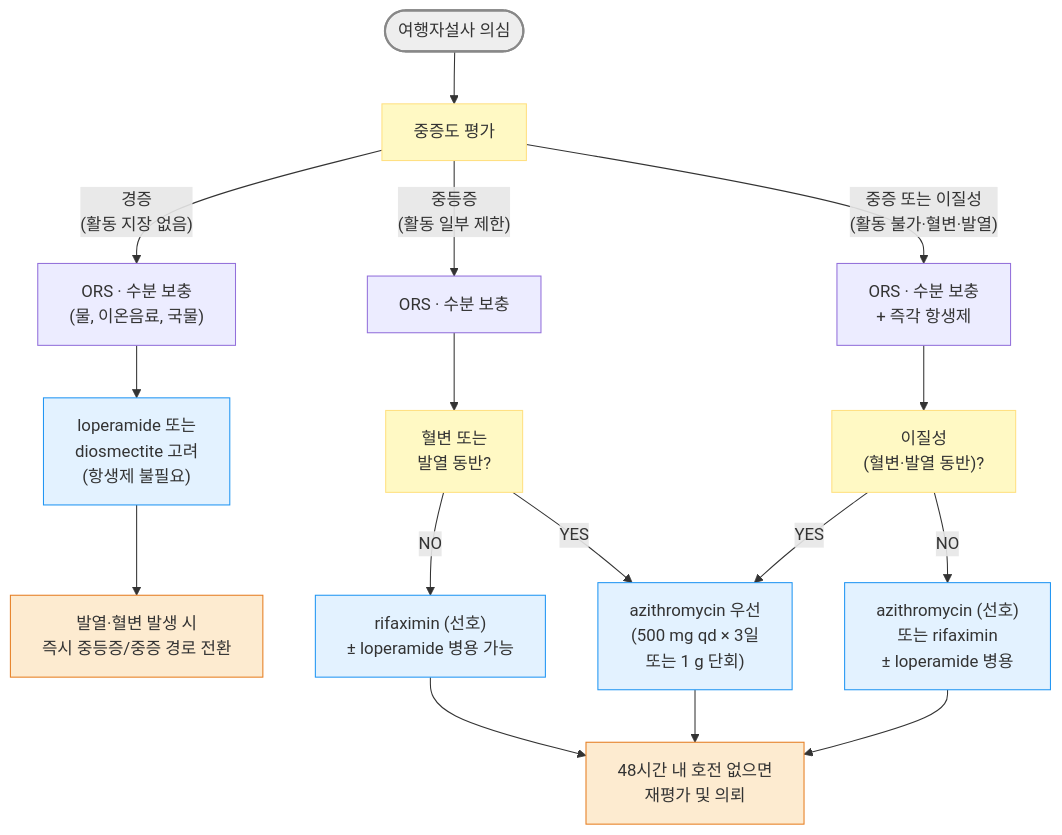
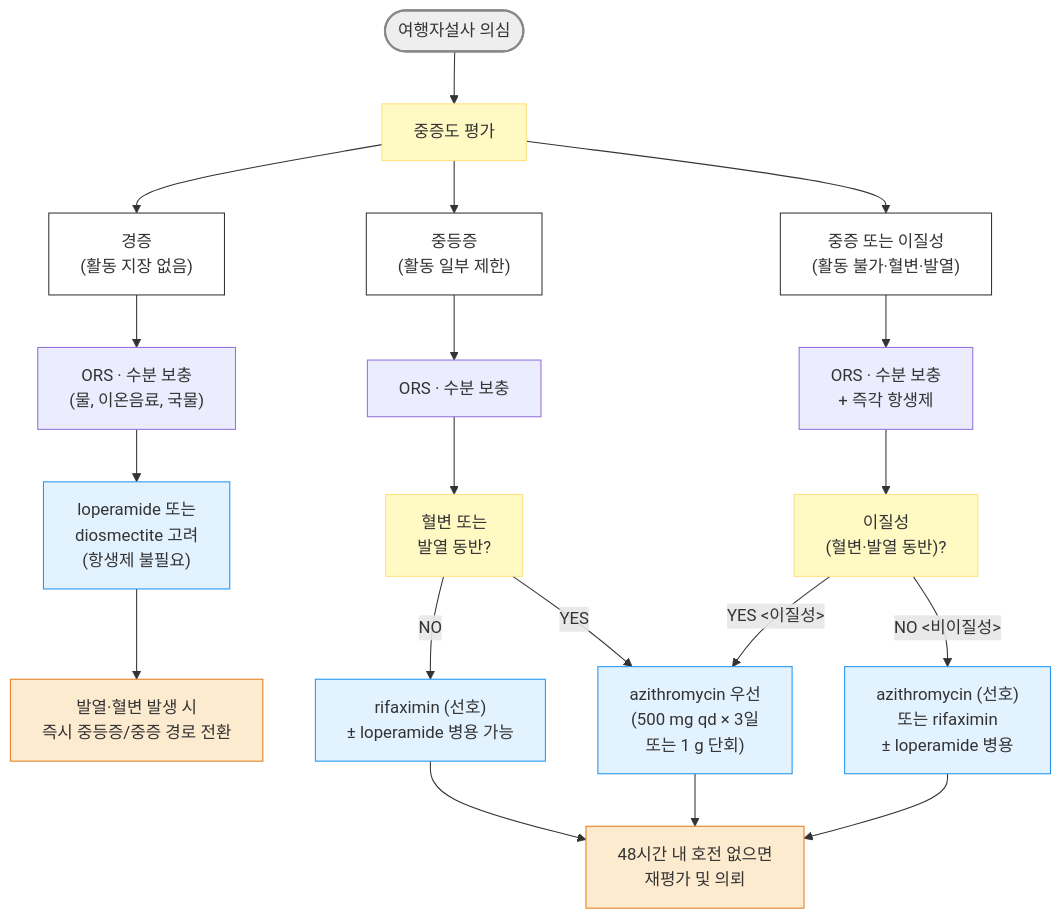
One commit to familyoh77/familyoh77 changed the diagram in 224_/086_-travelers-diarrhea.md. Above: the diagram before and after it, drawn with Mermaid. The commit also changed other lines of this file and 5 other files, not shown here.

````diff
--- a/224_/086_-travelers-diarrhea.md
+++ b/224_/086_-travelers-diarrhea.md
@@ -82,26 +117,28 @@
 ```mermaid
 graph TD
     A([여행자설사 의심]) --> B[중증도 평가]
-    B --> |"경증<br>(활동 지장 없음)"| C["ORS · 수분 보충<br>(물, 이온음료, 국물)"]
-    B --> |"중등증<br>(활동 일부 제한)"| D["ORS · 수분 보충"]
-    B --> |"중증 또는 이질성<br>(활동 불가·혈변·발열)"| E["ORS · 수분 보충<br>+ 즉각 항생제"]
+    B --> C0["경증<br>(활동 지장 없음)"]--> C["ORS · 수분 보충<br>(물, 이온음료, 국물)"]
+    B --> D0["중등증<br>(활동 일부 제한)"]--> D["ORS · 수분 보충"]
+    B --> E0["중증 또는 이질성<br>(활동 불가·혈변·발열)"]--> E["ORS · 수분 보충<br>+ 즉각 항생제"]
     C --> C1["loperamide 또는<br>diosmectite 고려<br>(항생제 불필요)"]
     C1 --> G["발열·혈변 발생 시<br>즉시 중등증/중증 경로 전환"]
     D --> D1["혈변 또는<br>발열 동반?"]
     D1 -->|NO| D2["rifaximin (선호)<br>± loperamide 병용 가능"]
     D1 -->|YES| D3["azithromycin 우선<br>(500 mg qd × 3일 <br>또는 1 g 단회)"]
     E --> E1["이질성<br>(혈변·발열 동반)?"]
-    E1 -->|YES| D3
-    E1 -->|NO| E3["azithromycin (선호)<br>또는 rifaximin<br>± loperamide 병용"]
+    E1 -->|YES <이질성>| D3
+    E1 -->|NO <비이질성>| E3["azithromycin (선호)<br>또는 rifaximin<br>± loperamide 병용"]
     D2 --> F["48시간 내 호전 없으면<br>재평가 및 의뢰"]
     D3 --> F
     E3 --> F
 
 style A fill:#eeeeee,stroke:#888888,stroke-width:2px
+classDef white fill:#fff,stroke:#333
+class C0,D0,E0 white
 classDef yellow fill:#fff9c4,stroke:#ffe082
 class B,D1,E1 yellow
 classDef sky fill:#e3f2ff,stroke:#2196f3
 class C1,D2,D3,E3 sky
 classDef orange fill:#fdebd0,stroke:#e67e22
 class G,F orange
 ```
````
